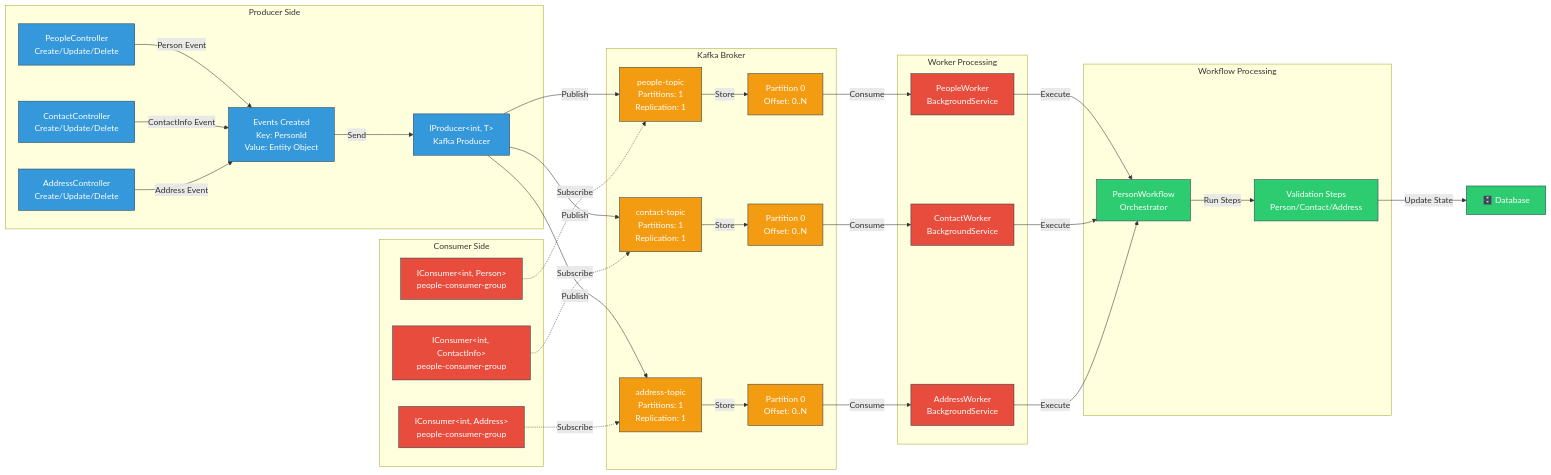
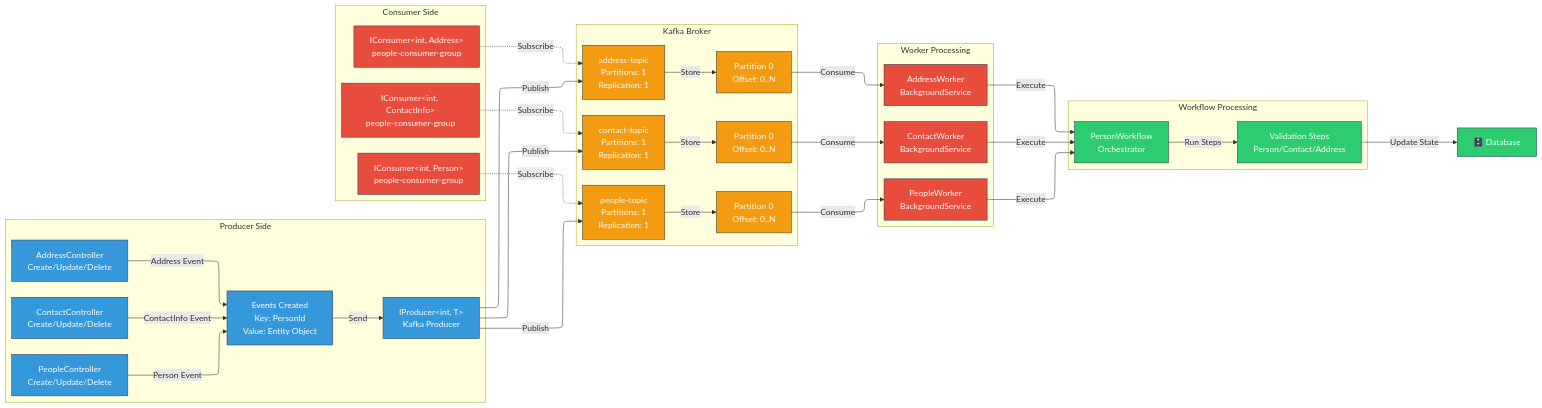
Before and after one commit to WholeBit-Solutions/distributed-workflow: diagram 11 of 15 in ARCHITECTURE_DIAGRAMS.md, drawn with Mermaid. The commit also changed other lines of this file, not shown here.

````diff
--- a/ARCHITECTURE_DIAGRAMS.md
+++ b/ARCHITECTURE_DIAGRAMS.md
@@ -591,76 +592,76 @@
 ```mermaid
-graph LR
+flowchart-elk LR
     subgraph "Producer Side"
         PeopleCtrl["PeopleController<br/>Create/Update/Delete"]
         ContactCtrl["ContactController<br/>Create/Update/Delete"]
         AddressCtrl["AddressController<br/>Create/Update/Delete"]
         Event["Events Created<br/>Key: PersonId<br/>Value: Entity Object"]
         ProducerInstance["IProducer&lt;int, T&gt;<br/>Kafka Producer"]
     end
 
     subgraph "Kafka Broker"
         PeopleTopic["people-topic<br/>Partitions: 1<br/>Replication: 1"]
         ContactTopic["contact-topic<br/>Partitions: 1<br/>Replication: 1"]
         AddressTopic["address-topic<br/>Partitions: 1<br/>Replication: 1"]
 
         PeoplePartition["Partition 0<br/>Offset: 0..N"]
         ContactPartition["Partition 0<br/>Offset: 0..N"]
         AddressPartition["Partition 0<br/>Offset: 0..N"]
     end
 
     subgraph "Consumer Side"
         PeopleConsumer["IConsumer&lt;int, Person&gt;<br/>people-consumer-group"]
         ContactConsumer["IConsumer&lt;int, ContactInfo&gt;<br/>people-consumer-group"]
         AddressConsumer["IConsumer&lt;int, Address&gt;<br/>people-consumer-group"]
     end
 
     subgraph "Worker Processing"
         PeopleWorker["PeopleWorker<br/>BackgroundService"]
         ContactWorker["ContactWorker<br/>BackgroundService"]
         AddressWorker["AddressWorker<br/>BackgroundService"]
     end
 
     subgraph "Workflow Processing"
         PersonWorkflow["PersonWorkflow<br/>Orchestrator"]
         ValidationSteps["Validation Steps<br/>Person/Contact/Address"]
     end
 
     PeopleCtrl -->|Person Event| Event
     ContactCtrl -->|ContactInfo Event| Event
     AddressCtrl -->|Address Event| Event
 
     Event -->|Send| ProducerInstance
 
     ProducerInstance -->|Publish| PeopleTopic
     ProducerInstance -->|Publish| ContactTopic
     ProducerInstance -->|Publish| AddressTopic
 
     PeopleTopic -->|Store| PeoplePartition
     ContactTopic -->|Store| ContactPartition
     AddressTopic -->|Store| AddressPartition
 
     PeopleConsumer -.->|Subscribe| PeopleTopic
     ContactConsumer -.->|Subscribe| ContactTopic
     AddressConsumer -.->|Subscribe| AddressTopic
 
     PeoplePartition -->|Consume| PeopleWorker
     ContactPartition -->|Consume| ContactWorker
     AddressPartition -->|Consume| AddressWorker
 
     PeopleWorker -->|Execute| PersonWorkflow
     ContactWorker -->|Execute| PersonWorkflow
     AddressWorker -->|Execute| PersonWorkflow
 
     PersonWorkflow -->|Run Steps| ValidationSteps
     ValidationSteps -->|Update State| DB["🗄️ Database"]
 
     classDef producer fill:#3498db,stroke:#2c3e50,color:#fff
     classDef broker fill:#f39c12,stroke:#2c3e50,color:#fff
     classDef consumer fill:#e74c3c,stroke:#2c3e50,color:#fff
     classDef processing fill:#2ecc71,stroke:#2c3e50,color:#fff
 
     class PeopleCtrl,ContactCtrl,AddressCtrl,ProducerInstance,Event producer
     class PeopleTopic,ContactTopic,AddressTopic,PeoplePartition,ContactPartition,AddressPartition broker
     class PeopleConsumer,ContactConsumer,AddressConsumer,PeopleWorker,ContactWorker,AddressWorker consumer
     class PersonWorkflow,ValidationSteps,DB processing
 ```
````
